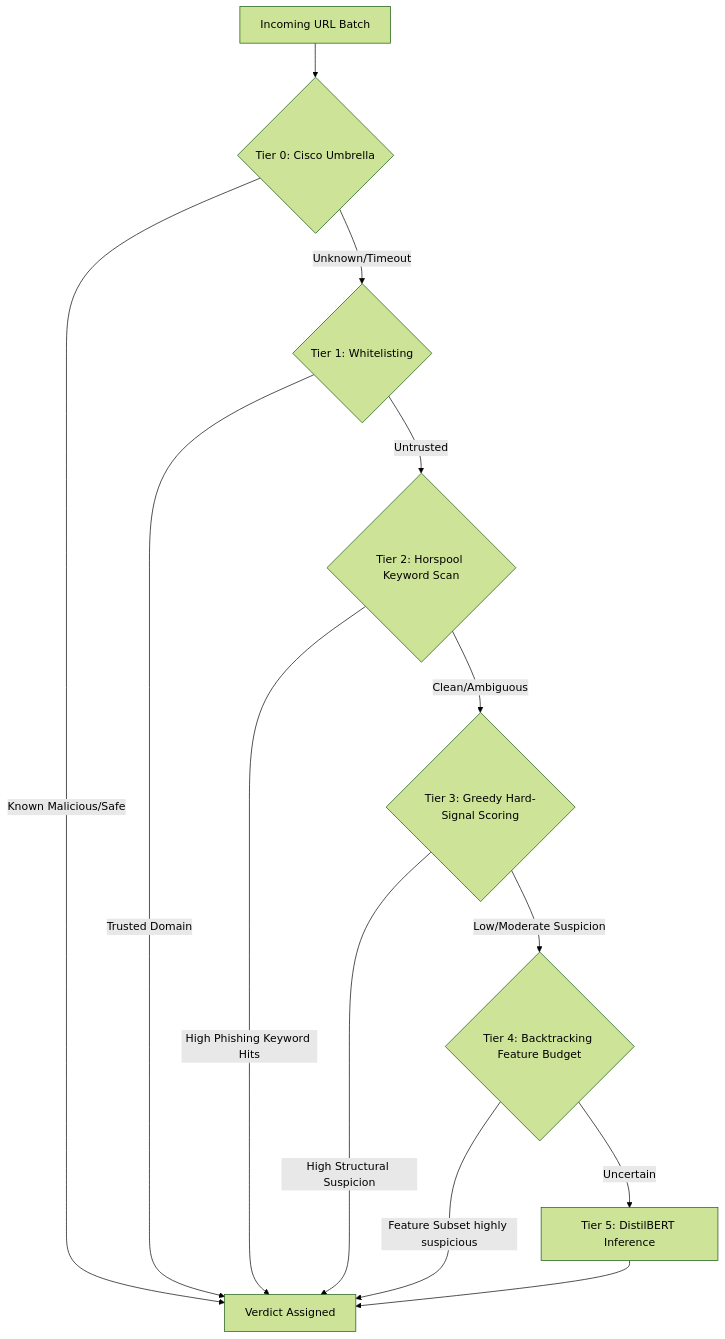
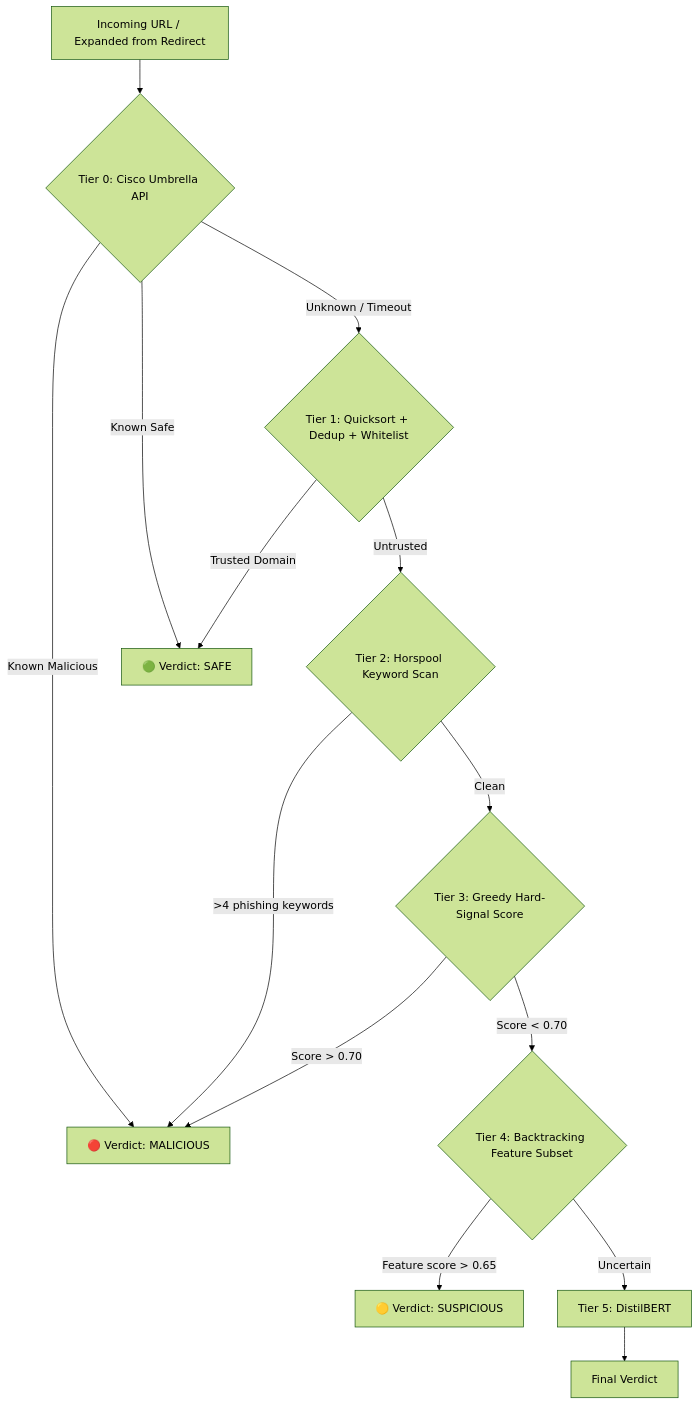
One commit to RaghottamNadgoudar/Malicious_url_detection changed the diagram in PIPELINE_ARCHITECTURE.md. Above: the diagram before and after it, drawn with Mermaid (forest theme). The commit also changed other lines of this file, not shown here.

Commit message:
docs: Add complete redirect/shortened URL handling section with DFS/BFS/Topo Sort

`````diff
--- a/PIPELINE_ARCHITECTURE.md
+++ b/PIPELINE_ARCHITECTURE.md
@@ -13,15 +161,16 @@
 ````mermaid
 graph TD
-    A[Incoming URL Batch] --> B{Tier 0: Cisco Umbrella}
-    B -- Known Malicious/Safe --> C[Verdict Assigned]
-    B -- Unknown/Timeout --> D{Tier 1: Whitelisting}
-    D -- Trusted Domain --> C
-    D -- Untrusted --> E{Tier 2: Horspool Keyword Scan}
-    E -- High Phishing Keyword Hits --> C
-    E -- Clean/Ambiguous --> F{Tier 3: Greedy Hard-Signal Scoring}
-    F -- High Structural Suspicion --> C
-    F -- Low/Moderate Suspicion --> G{Tier 4: Backtracking Feature Budget}
-    G -- Feature Subset highly suspicious --> C
-    G -- Uncertain --> H[Tier 5: DistilBERT Inference]
-    H --> C
+    A["Incoming URL / Expanded from Redirect"] --> B{"Tier 0: Cisco Umbrella API"}
+    B -- "Known Malicious" --> C["🔴 Verdict: MALICIOUS"]
+    B -- "Known Safe" --> D["🟢 Verdict: SAFE"]
+    B -- "Unknown / Timeout" --> E{"Tier 1: Quicksort + Dedup + Whitelist"}
+    E -- "Trusted Domain" --> D
+    E -- "Untrusted" --> F{"Tier 2: Horspool Keyword Scan"}
+    F -- ">4 phishing keywords" --> C
+    F -- "Clean" --> G{"Tier 3: Greedy Hard-Signal Score"}
+    G -- "Score > 0.70" --> C
+    G -- "Score < 0.70" --> H{"Tier 4: Backtracking Feature Subset"}
+    H -- "Feature score > 0.65" --> I["🟡 Verdict: SUSPICIOUS"]
+    H -- "Uncertain" --> J["Tier 5: DistilBERT"]
+    J --> K["Final Verdict"]
 ````
`````
